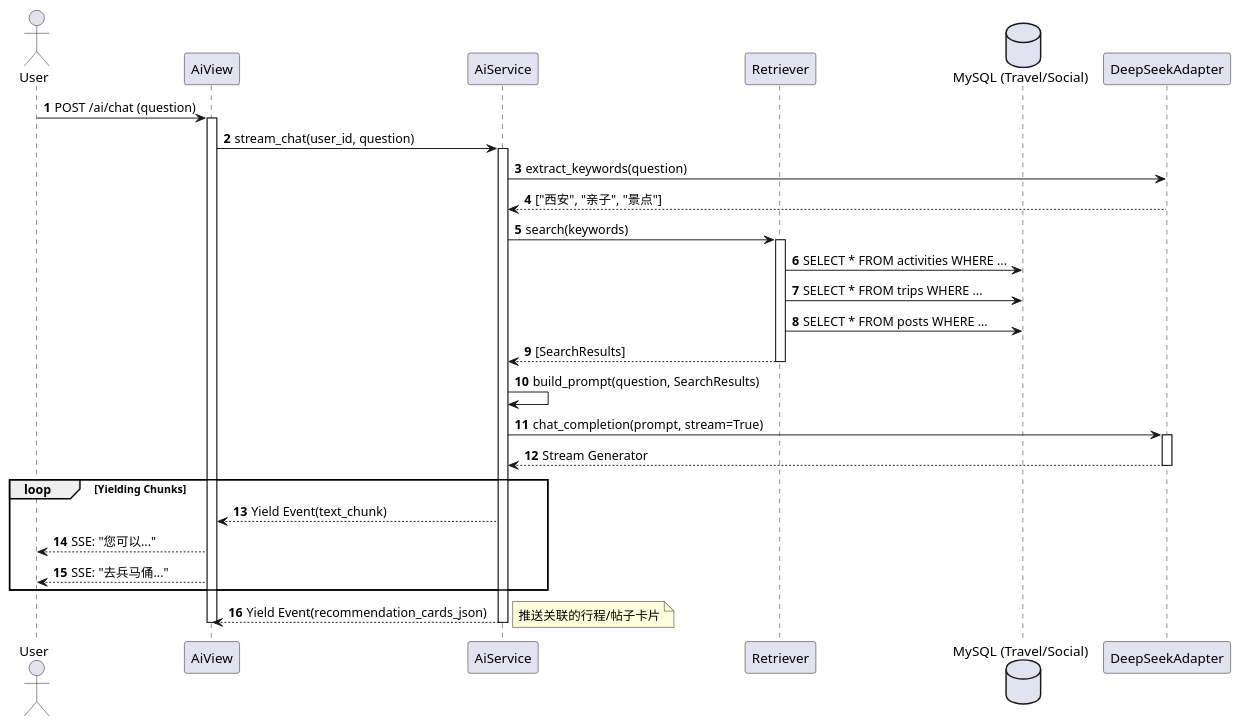
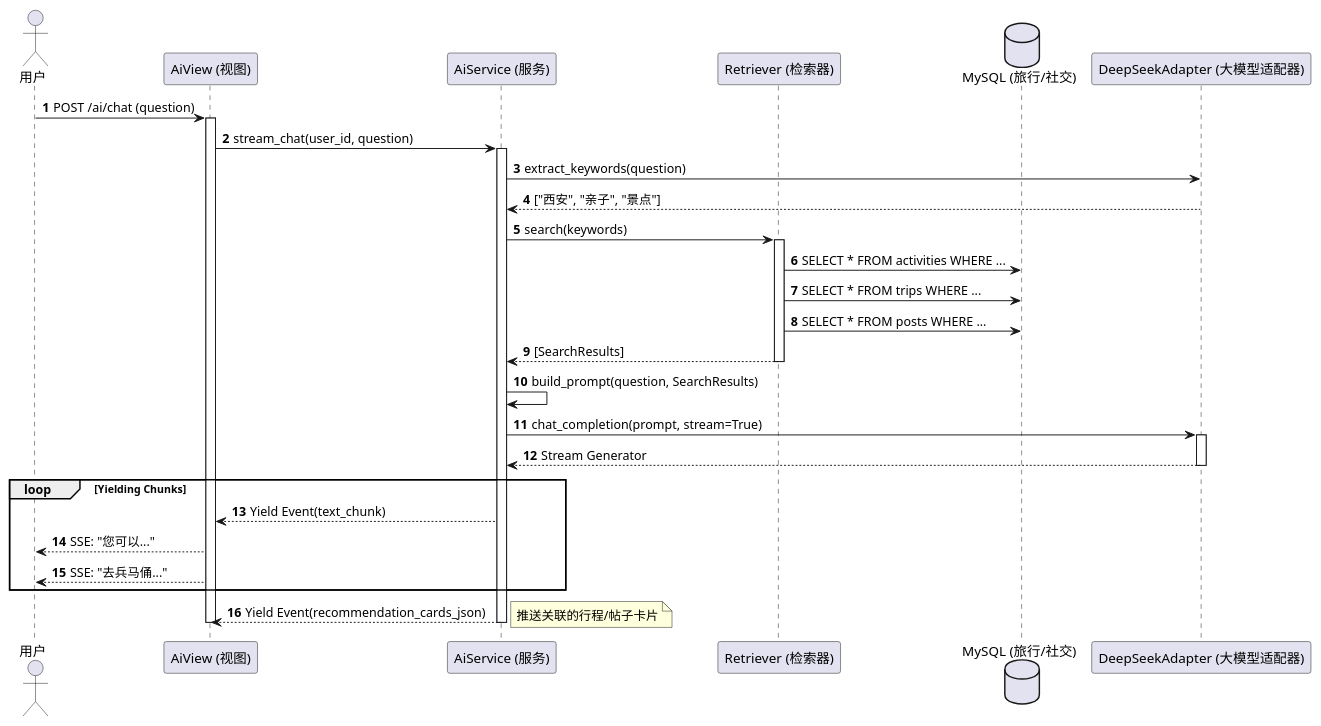
The fourth of 4 diagrams in doc/design/architecture_design/scenario_view.md (maroonxv/TravelShare), drawn with PlantUML before and after one commit. The commit also changed other lines of this file and 59 other files, not shown here.

````diff
--- a/doc/design/architecture_design/scenario_view.md
+++ b/doc/design/architecture_design/scenario_view.md
@@ -247,47 +237,47 @@
 ```plantuml
 @startuml
 autonumber
-actor "User" as User
-participant "AiView" as View
-participant "AiService" as Service
-participant "Retriever" as RAG
-database "MySQL (Travel/Social)" as DB
-participant "DeepSeekAdapter" as LLM
+actor "用户" as User
+participant "AiView (视图)" as View
+participant "AiService (服务)" as Service
+participant "Retriever (检索器)" as RAG
+database "MySQL (旅行/社交)" as DB
+participant "DeepSeekAdapter (大模型适配器)" as LLM
 
 User -> View: POST /ai/chat (question)
 activate View
 
 View -> Service: stream_chat(user_id, question)
 activate Service
 
 Service -> LLM: extract_keywords(question)
 LLM --> Service: ["西安", "亲子", "景点"]
 
 Service -> RAG: search(keywords)
 activate RAG
     RAG -> DB: SELECT * FROM activities WHERE ...
     RAG -> DB: SELECT * FROM trips WHERE ...
     RAG -> DB: SELECT * FROM posts WHERE ...
     RAG --> Service: [SearchResults]
 deactivate RAG
 
 Service -> Service: build_prompt(question, SearchResults)
 
 Service -> LLM: chat_completion(prompt, stream=True)
 activate LLM
     LLM --> Service: Stream Generator
 deactivate LLM
 
 loop Yielding Chunks
     Service --> View: Yield Event(text_chunk)
     View --> User: SSE: "您可以..."
     View --> User: SSE: "去兵马俑..."
 end
 
 Service --> View: Yield Event(recommendation_cards_json)
 note right: 推送关联的行程/帖子卡片
 
 deactivate Service
 deactivate View
 @enduml
 ```
````
